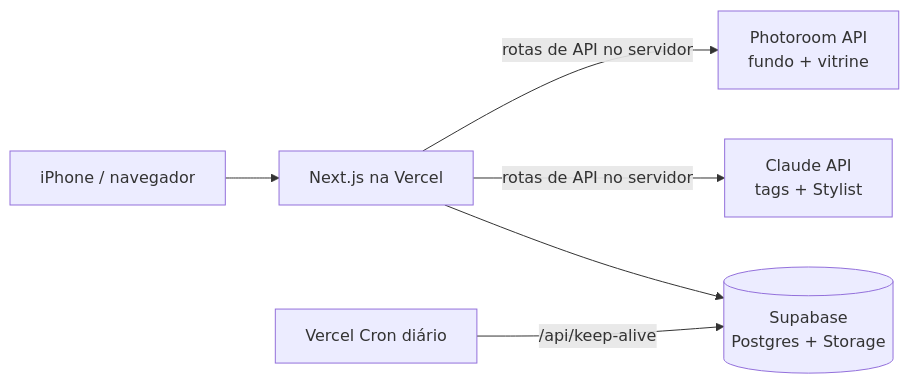
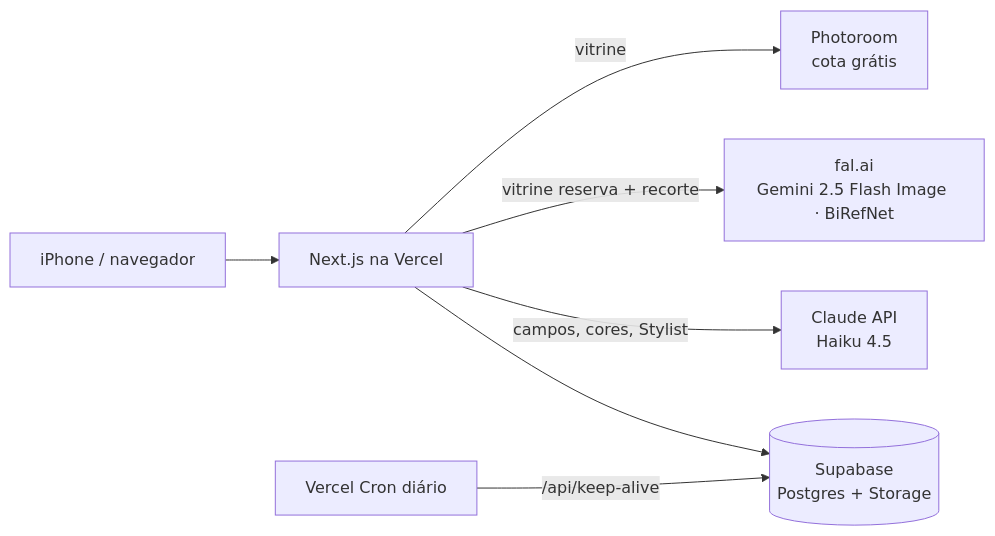
The diagram in README.md (MarinaCarvalhoXavier/muse-app), drawn with Mermaid before and after one commit. The commit also changed other lines of this file, not shown here.

Commit message:
README: editor estilo Pinterest, recorte automático, cores pela IA, Usei hoje, cadeia de fornecedores de imagem e custos atualizados

````diff
--- a/README.md
+++ b/README.md
@@ -42,8 +44,9 @@
 ```mermaid
 flowchart LR
     U[iPhone / navegador] --> N[Next.js na Vercel]
-    N -->|rotas de API no servidor| P[Photoroom API<br/>fundo + vitrine]
-    N -->|rotas de API no servidor| C[Claude API<br/>tags + Stylist]
+    N -->|vitrine| P[Photoroom<br/>cota grátis]
+    N -->|vitrine reserva + recorte| F[fal.ai<br/>Gemini 2.5 Flash Image · BiRefNet]
+    N -->|campos, cores, Stylist| C[Claude API<br/>Haiku 4.5]
     N --> S[(Supabase<br/>Postgres + Storage)]
     V[Vercel Cron diário] -->|/api/keep-alive| S
 ```
````
